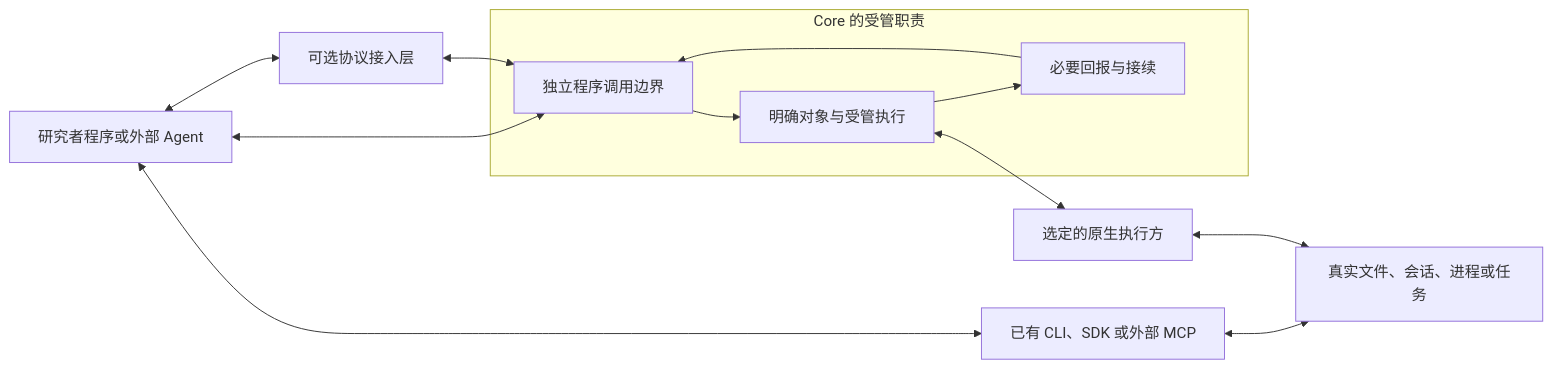
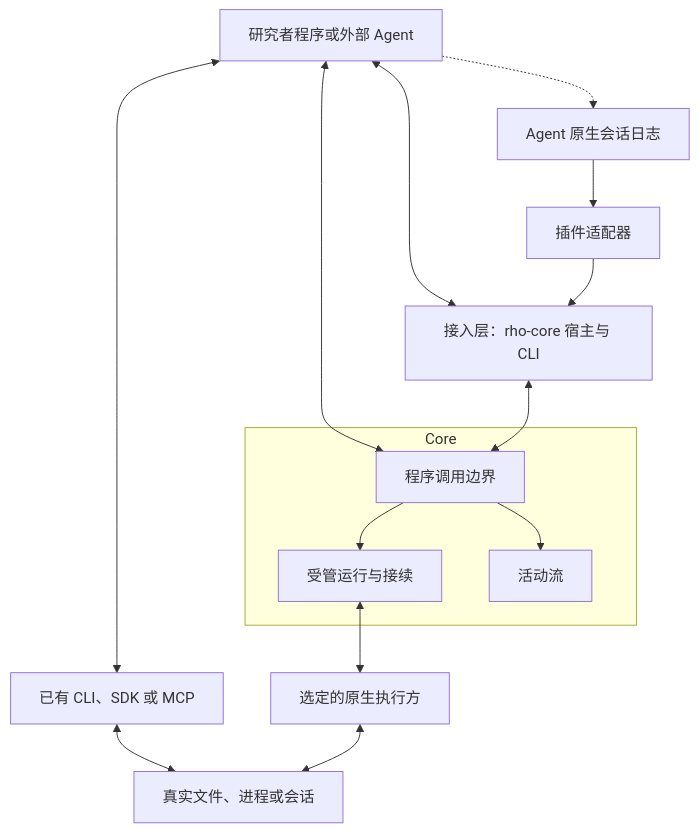
One commit to YuLab-SMU/Rho-core changed the diagram in docs/ARCHITECTURE.md. Above: the diagram before and after it, drawn with Mermaid. The commit also changed other lines of this file and 22 other files, not shown here.

````diff
--- a/docs/ARCHITECTURE.md
+++ b/docs/ARCHITECTURE.md
@@ -16,23 +28,27 @@
 ```mermaid
-flowchart LR
+flowchart TB
     Caller[研究者程序或外部 Agent]
-    Tools[已有 CLI、SDK 或外部 MCP]
-    Edge[可选协议接入层]
-    subgraph Core[Core 的受管职责]
-        API[独立程序调用边界]
-        Run[明确对象与受管执行]
-        Result[必要回报与接续]
+    Tools[已有 CLI、SDK 或 MCP]
+    Edge[接入层：rho-core 宿主与 CLI]
+    Logs[Agent 原生会话日志]
+    Adapter[插件适配器]
+    subgraph Core[Core]
+        API[程序调用边界]
+        Run[受管运行与接续]
+        Activity[活动流]
         API --> Run
-        Run --> Result
-        Result --> API
+        API --> Activity
     end
     Owner[选定的原生执行方]
-    Native[真实文件、会话、进程或任务]
+    Native[真实文件、进程或会话]
     Caller <--> Tools
     Tools <--> Native
     Caller <--> API
     Caller <--> Edge
     Edge <--> API
     Run <--> Owner
     Owner <--> Native
+    Caller -.-> Logs
+    Logs --> Adapter
+    Adapter --> Edge
 ```
````
